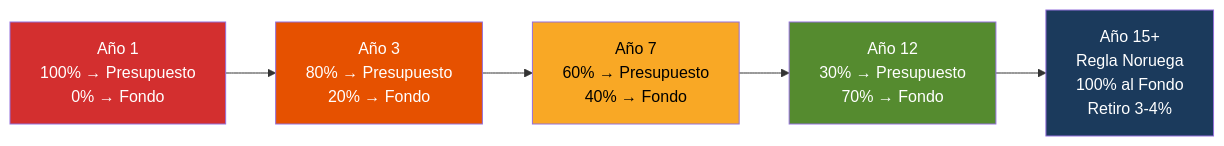
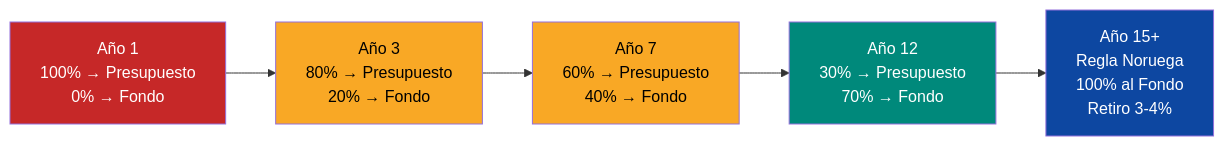
One commit to Venezuela-S-A/venezuela-sa changed the first of 3 diagrams in docs/02-motor-financiero/transicion-fiscal.md. Above: the diagram before and after it, drawn with Mermaid. The commit also changed other lines of this file and 127 other files, not shown here.

````diff
--- a/docs/02-motor-financiero/transicion-fiscal.md
+++ b/docs/02-motor-financiero/transicion-fiscal.md
@@ -48,12 +48,12 @@
 ```mermaid
 flowchart LR
     A["Año 1<br/>100% → Presupuesto<br/>0% → Fondo"] --> B["Año 3<br/>80% → Presupuesto<br/>20% → Fondo"]
     B --> C["Año 7<br/>60% → Presupuesto<br/>40% → Fondo"]
     C --> D["Año 12<br/>30% → Presupuesto<br/>70% → Fondo"]
     D --> E["Año 15+<br/>Regla Noruega<br/>100% al Fondo<br/>Retiro 3-4%"]
-    style A fill:#d32f2f,color:#fff
-    style B fill:#e65100,color:#fff
-    style C fill:#f9a825,color:#000
-    style D fill:#558b2f,color:#fff
-    style E fill:#1B3A5C,color:#fff
+    style A fill:#C62828,color:#fff
+    style B fill:#F9A825,color:#000
+    style C fill:#F9A825,color:#000
+    style D fill:#00897B,color:#fff
+    style E fill:#0D47A1,color:#fff
 ```
````
